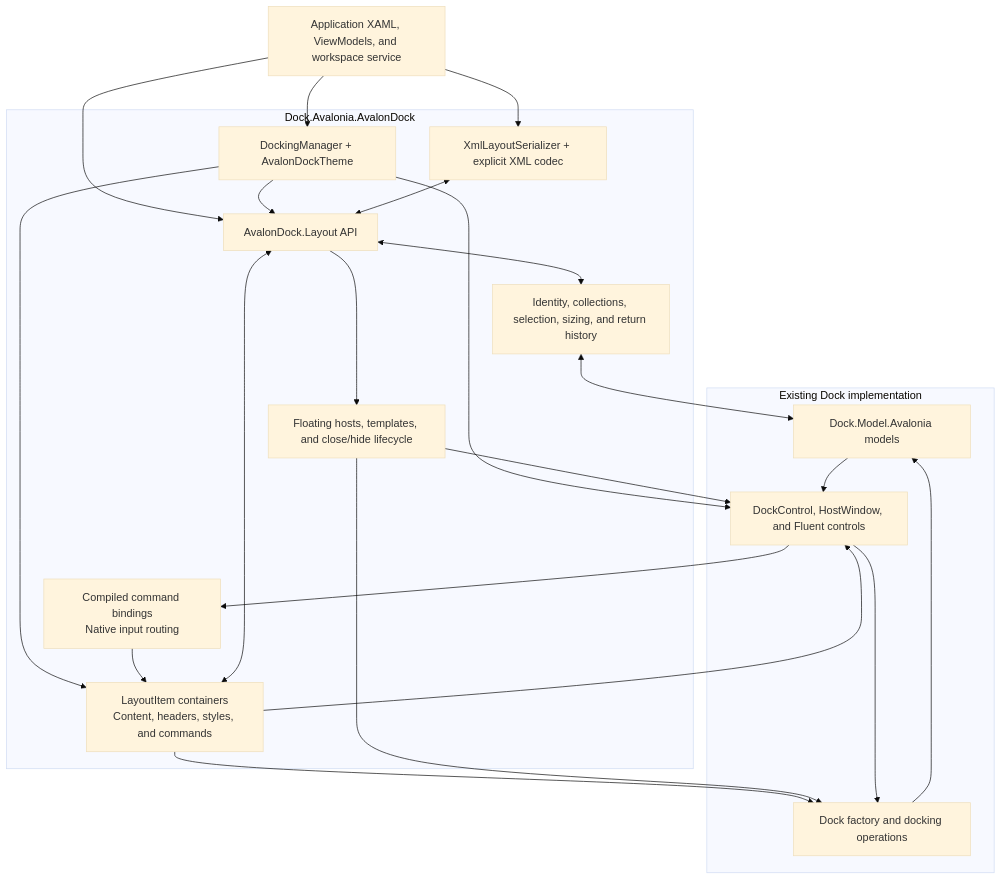
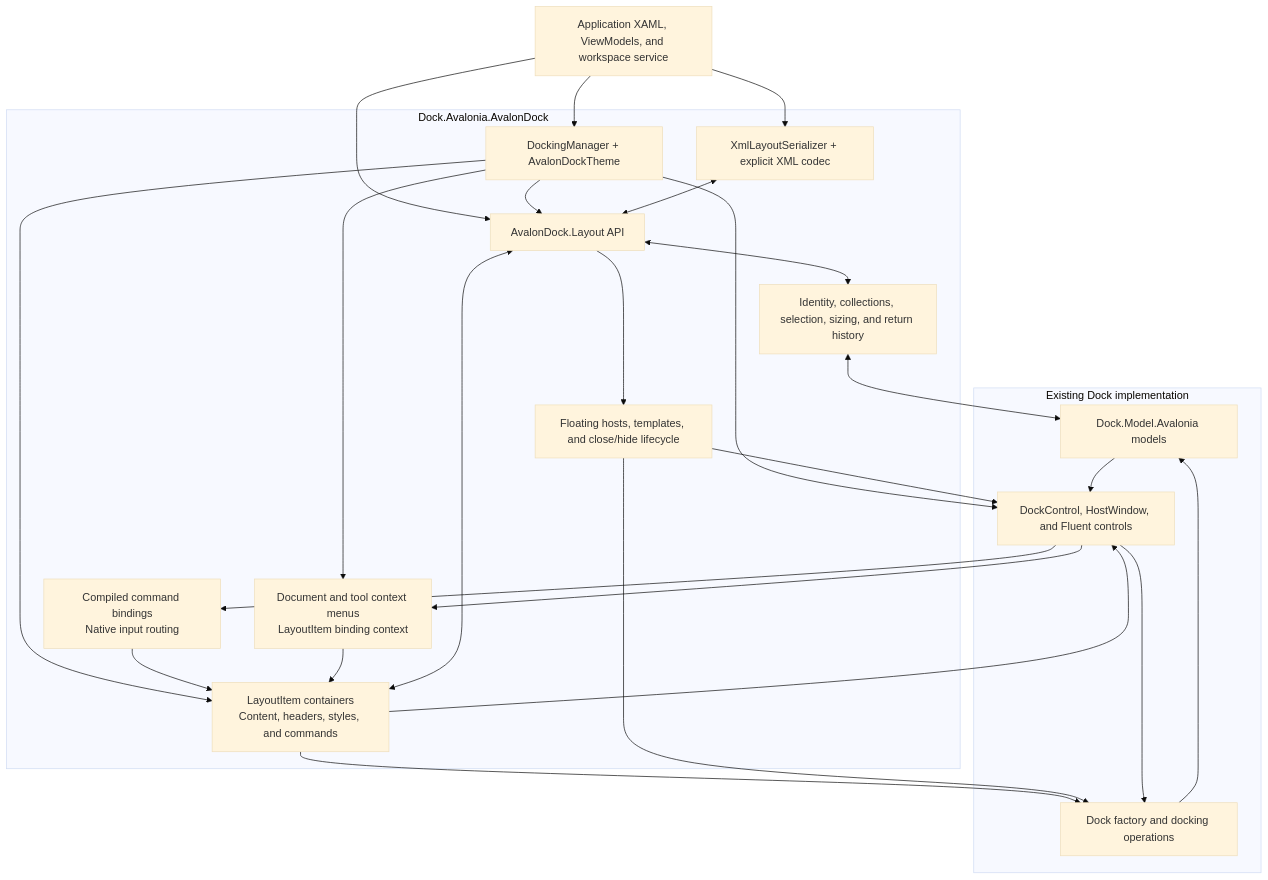
One commit to wieslawsoltes/Dock changed the diagram in docfx/articles/dock-avalondock.md. Above: the diagram before and after it, drawn with Mermaid (base theme). The commit also changed other lines of this file and 19 other files, not shown here.

Commit message:
Support manager-owned AvalonDock context menus

````diff
--- a/docfx/articles/dock-avalondock.md
+++ b/docfx/articles/dock-avalondock.md
@@ -430,38 +473,42 @@
 ```mermaid
 flowchart TB
     App["Application XAML, ViewModels, and workspace service"]
     subgraph Compatibility["Dock.Avalonia.AvalonDock"]
         Manager["DockingManager + AvalonDockTheme"]
         Layout["AvalonDock.Layout API"]
         Items["LayoutItem containers<br/>Content, headers, styles, and commands"]
         Commands["Compiled command bindings<br/>Native input routing"]
+        Menus["Document and tool context menus<br/>LayoutItem binding context"]
         Bridge["Identity, collections, selection, sizing, and return history"]
         Lifecycle["Floating hosts, templates, and close/hide lifecycle"]
         Xml["XmlLayoutSerializer + explicit XML codec"]
     end
     subgraph Native["Existing Dock implementation"]
         Models["Dock.Model.Avalonia models"]
         Factory["Dock factory and docking operations"]
         Controls["DockControl, HostWindow, and Fluent controls"]
     end
     App --> Manager
     App --> Layout
     App --> Xml
     Manager --> Layout
     Manager --> Items
     Items <--> Layout
     Items --> Factory
     Items --> Controls
     Controls --> Commands
     Commands --> Items
+    Manager --> Menus
+    Controls --> Menus
+    Menus --> Items
     Manager --> Controls
     Layout <--> Bridge
     Bridge <--> Models
     Layout --> Lifecycle
     Lifecycle --> Factory
     Lifecycle --> Controls
     Controls --> Factory
     Factory --> Models
     Models --> Controls
     Xml <--> Layout
 ```
````
